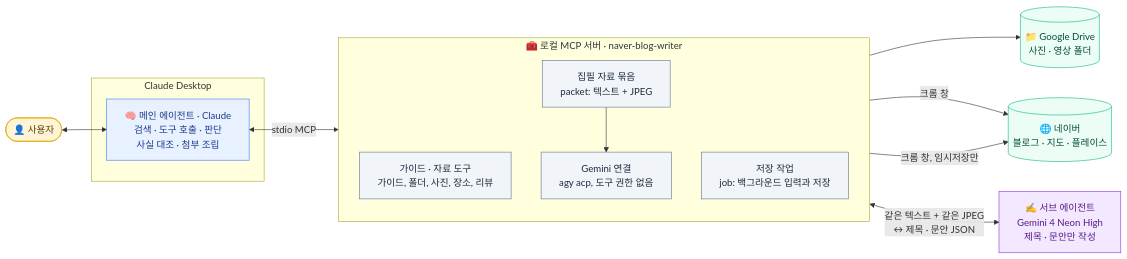
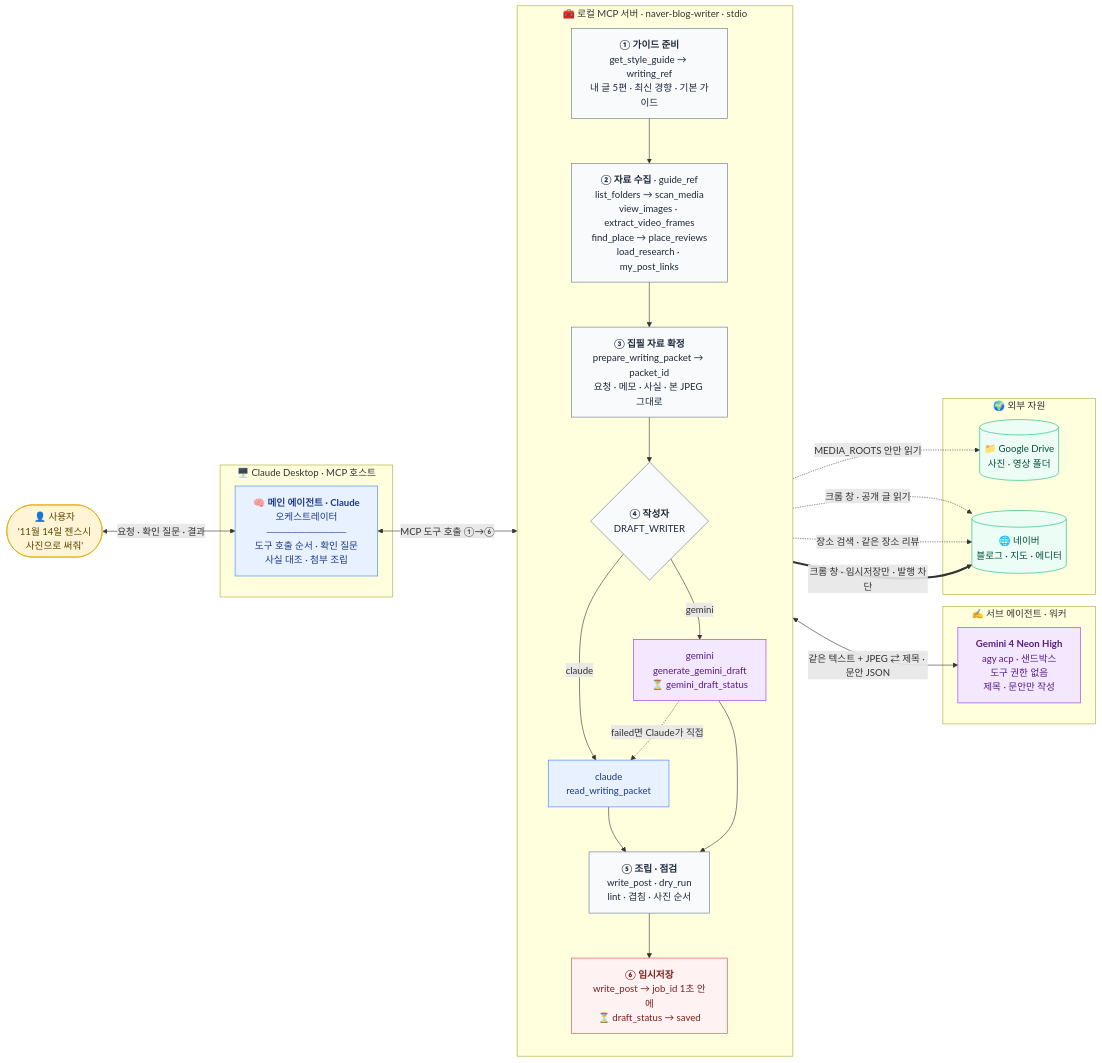
Before and after one commit to yoonwanggyu/naverblog-mcp: the diagram in README.md, drawn with Mermaid. The commit also changed other lines of this file and 12 other files, not shown here.

First line of the commit message:
Gemini 원고 빈 줄 허용과 Claude 대체 경로, 긴 글 임시저장 실패 수정, 정보 줄 겹침 제외

````diff
--- a/README.md
+++ b/README.md
@@ -27,34 +29,55 @@
 ```mermaid
 flowchart LR
-    U(["👤 사용자"])
-    subgraph DESK["Claude Desktop"]
-        CL["🧠 메인 에이전트 · Claude<br/>검색 · 도구 호출 · 판단<br/>사실 대조 · 첨부 조립"]
+    U(["👤 사용자<br/>'11월 14일 젠스시<br/>사진으로 써줘'"])
+
+    subgraph HOST["🖥️ Claude Desktop · MCP 호스트"]
+        CL["🧠 <b>메인 에이전트 · Claude</b><br/>오케스트레이터<br/>───────────<br/>도구 호출 순서 · 확인 질문<br/>사실 대조 · 첨부 조립"]
     end
-    subgraph SRV["🧰 로컬 MCP 서버 · naver-blog-writer"]
+
+    subgraph SRV["🧰 로컬 MCP 서버 · naver-blog-writer · stdio"]
         direction TB
-        T1["가이드 · 자료 도구<br/>가이드, 폴더, 사진, 장소, 리뷰"]
-        T2["집필 자료 묶음<br/>packet: 텍스트 + JPEG"]
-        T3["Gemini 연결<br/>agy acp, 도구 권한 없음"]
-        T4["저장 작업<br/>job: 백그라운드 입력과 저장"]
+        S1["<b>① 가이드 준비</b><br/>get_style_guide → writing_ref<br/>내 글 5편 · 최신 경향 · 기본 가이드"]
+        S2["<b>② 자료 수집</b> · guide_ref<br/>list_folders → scan_media<br/>view_images · extract_video_frames<br/>find_place → place_reviews<br/>load_research · my_post_links"]
+        S3["<b>③ 집필 자료 확정</b><br/>prepare_writing_packet → packet_id<br/>요청 · 메모 · 사실 · 본 JPEG 그대로"]
+        S4{"<b>④ 작성자</b><br/>DRAFT_WRITER"}
+        S4A["claude<br/>read_writing_packet"]
+        S4B["gemini<br/>generate_gemini_draft<br/>⏳ gemini_draft_status"]
+        S5["<b>⑤ 조립 · 점검</b><br/>write_post · dry_run<br/>lint · 겹침 · 사진 순서"]
+        S6["<b>⑥ 임시저장</b><br/>write_post → job_id 1초 안에<br/>⏳ draft_status → saved"]
+        S1 --> S2 --> S3 --> S4
+        S4 -->|claude| S4A --> S5
+        S4 -->|gemini| S4B --> S5
+        S4B -.->|"failed면 Claude가 직접"| S4A
+        S5 --> S6
     end
-    GM["✍️ 서브 에이전트<br/>Gemini 4 Neon High<br/>제목 · 문안만 작성"]
-    DRV[("📁 Google Drive<br/>사진 · 영상 폴더")]
-    NV[("🌐 네이버<br/>블로그 · 지도 · 플레이스")]
-    U <--> CL
-    CL <-->|"stdio MCP"| SRV
-    T1 --> DRV
-    T1 -->|"크롬 창"| NV
-    T2 --> T3
-    T3 <-->|"같은 텍스트 + 같은 JPEG<br/>↔ 제목 · 문안 JSON"| GM
-    T4 -->|"크롬 창, 임시저장만"| NV
+
+    subgraph WORKER["✍️ 서브 에이전트 · 워커"]
+        GM["<b>Gemini 4 Neon High</b><br/>agy acp · 샌드박스<br/>도구 권한 없음<br/>제목 · 문안만 작성"]
+    end
+
+    subgraph EXT["🌍 외부 자원"]
+        DRV[("📁 Google Drive<br/>사진 · 영상 폴더")]
+        NV[("🌐 네이버<br/>블로그 · 지도 · 에디터")]
+    end
+
+    U <-->|"요청 · 확인 질문 · 결과"| CL
+    CL <-->|"MCP 도구 호출 ①→⑥"| SRV
+    S2 -.->|"MEDIA_ROOTS 안만 읽기"| DRV
+    S1 -.->|"크롬 창 · 공개 글 읽기"| NV
+    S2 -.->|"장소 검색 · 같은 장소 리뷰"| NV
+    S4B <-->|"같은 텍스트 + JPEG ⇄ 제목 · 문안 JSON"| GM
+    S6 ==>|"크롬 창 · 임시저장만 · 발행 차단"| NV
+
     classDef user fill:#FFF4D6,stroke:#E0A800,color:#5C4400
     classDef claude fill:#E8F1FF,stroke:#3B82F6,color:#1E3A8A
     classDef gemini fill:#F3E8FF,stroke:#9333EA,color:#581C87
-    classDef server fill:#F1F5F9,stroke:#64748B,color:#1E293B
+    classDef step fill:#F8FAFC,stroke:#64748B,color:#1E293B
+    classDef job fill:#FEF2F2,stroke:#EF4444,color:#7F1D1D
     classDef ext fill:#ECFDF5,stroke:#10B981,color:#064E3B
     class U user
-    class CL claude
-    class GM gemini
-    class T1,T2,T3,T4 server
+    class CL,S4A claude
+    class GM,S4B gemini
+    class S1,S2,S3,S4,S5 step
+    class S6 job
     class DRV,NV ext
 ```
````
